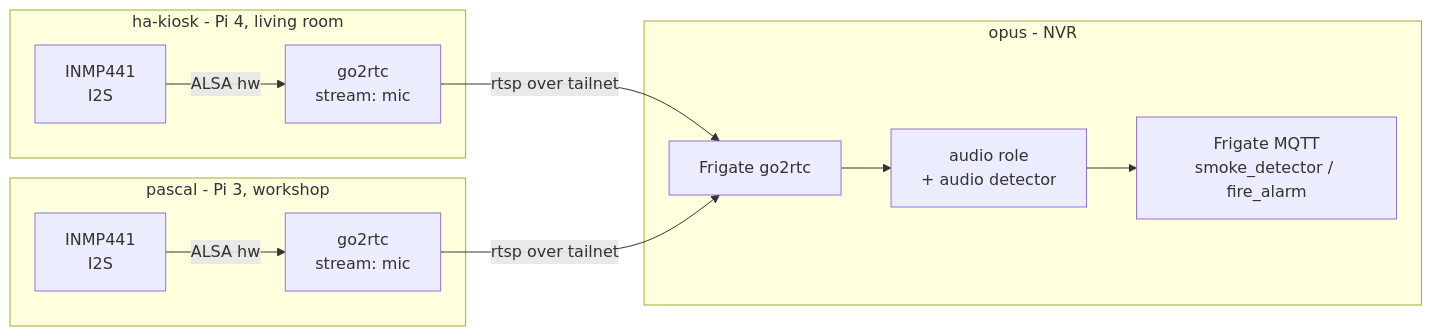
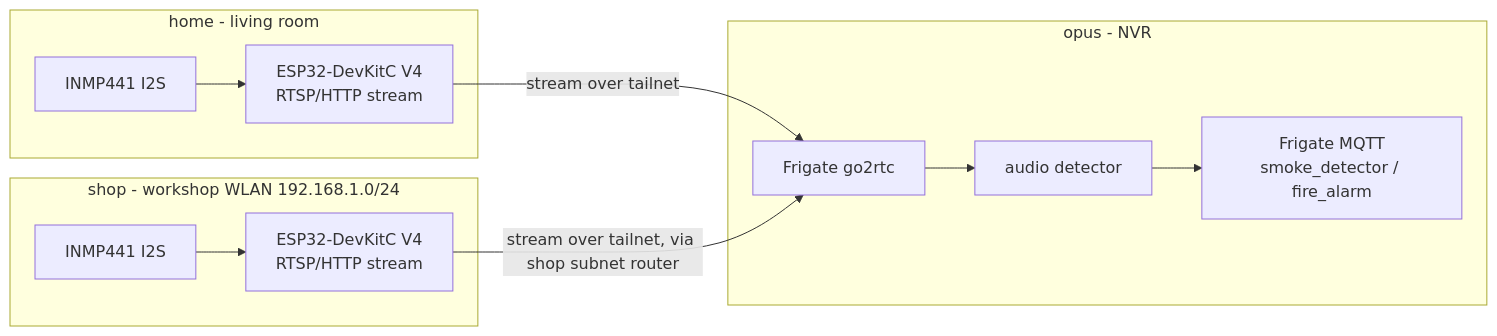
The diagram in docs/smoke-detection-plan.md (uhlig-it/infrastructure), drawn with Mermaid before and after one commit. The commit also changed other lines of this file, not shown here.

First line of the commit message:
plan: each sensor is an ESP32 node, not the Pi

````diff
--- a/docs/smoke-detection-plan.md
+++ b/docs/smoke-detection-plan.md
@@ -23,15 +32,15 @@
 ```mermaid
 flowchart LR
-    subgraph home [ha-kiosk - Pi 4, living room]
-        hmic[INMP441<br/>I2S] -->|ALSA hw| hg2r[go2rtc<br/>stream: mic]
+    subgraph home [home - living room]
+        hmic[INMP441 I2S] --> hesp[ESP32-DevKitC V4<br/>RTSP/HTTP stream]
     end
-    subgraph shop [pascal - Pi 3, workshop]
-        pmic[INMP441<br/>I2S] -->|ALSA hw| pg2r[go2rtc<br/>stream: mic]
+    subgraph shop [shop - workshop WLAN 192.168.1.0/24]
+        smic[INMP441 I2S] --> sesp[ESP32-DevKitC V4<br/>RTSP/HTTP stream]
     end
     subgraph opus [opus - NVR]
-        fg2r[Frigate go2rtc] --> ad[audio role<br/>+ audio detector]
+        fg2r[Frigate go2rtc] --> ad[audio detector]
         ad --> mqtt[Frigate MQTT<br/>smoke_detector / fire_alarm]
     end
-    hg2r -->|rtsp over tailnet| fg2r
-    pg2r -->|rtsp over tailnet| fg2r
+    hesp -->|stream over tailnet| fg2r
+    sesp -->|stream over tailnet, via shop subnet router| fg2r
 ```
````
